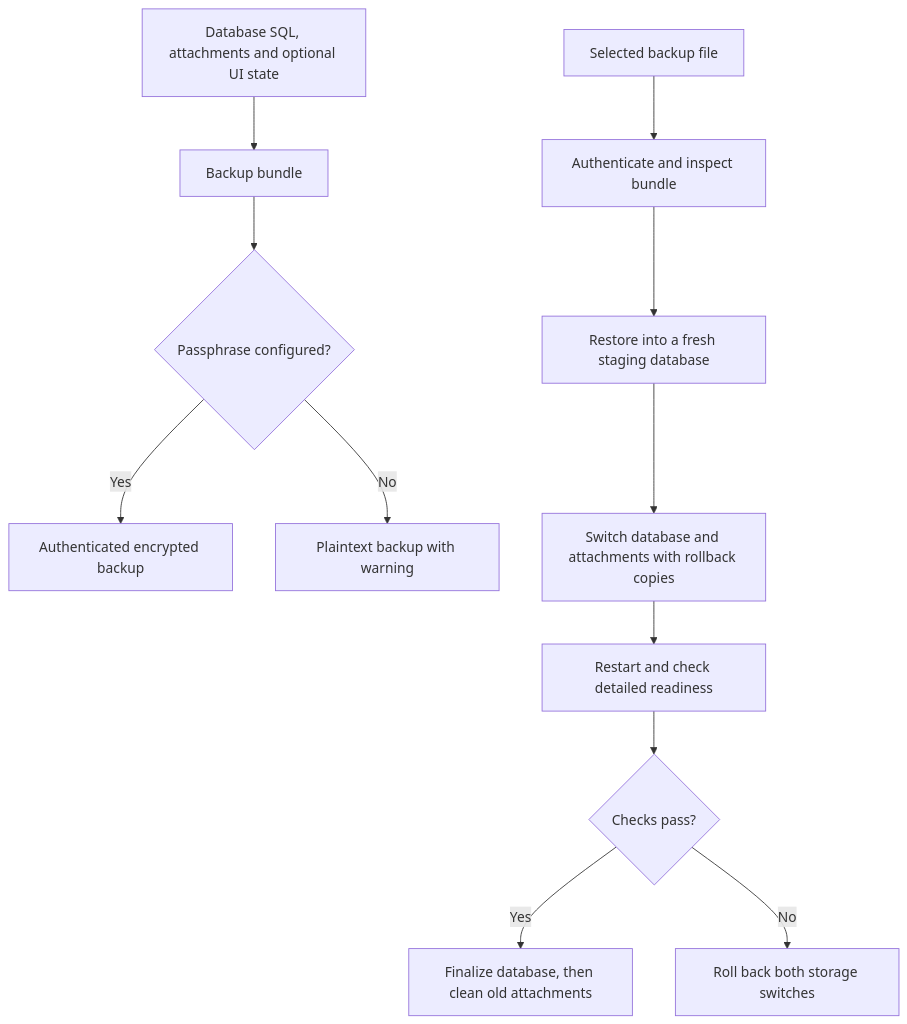
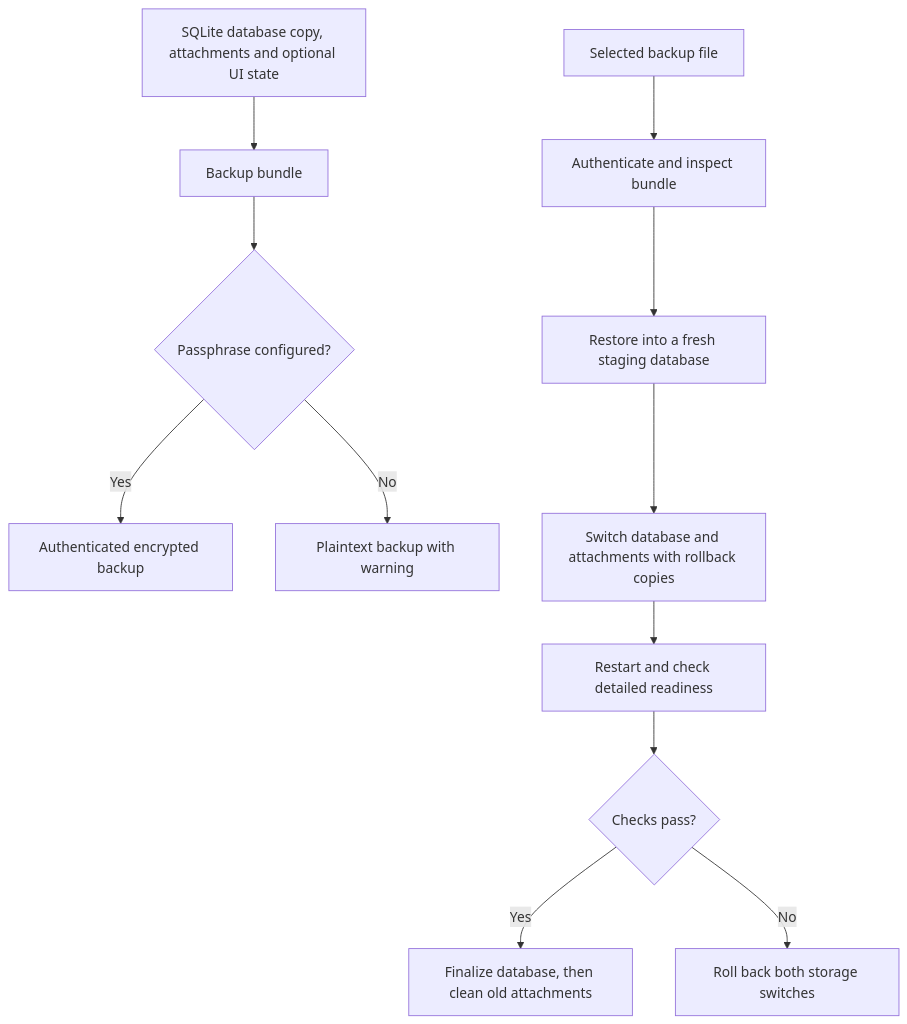
The sixth of 6 diagrams in docs/guides/visual-learning.md (EraPartner/Vision), drawn with Mermaid before and after one commit. The commit also changed other lines of this file and 604 other files, not shown here.

First line of the commit message:
feat!: replace PostgreSQL with in-process SQLite (ADR-263) (#394)

````diff
--- a/docs/guides/visual-learning.md
+++ b/docs/guides/visual-learning.md
@@ -154,14 +154,14 @@
 ```mermaid
 flowchart TD
-    Data[Database SQL, attachments and optional UI state] --> Bundle[Backup bundle]
+    Data[SQLite database copy, attachments and optional UI state] --> Bundle[Backup bundle]
     Bundle --> Passphrase{Passphrase configured?}
     Passphrase -->|Yes| Encrypted[Authenticated encrypted backup]
     Passphrase -->|No| Plain[Plaintext backup with warning]
     Selected[Selected backup file] --> Validate[Authenticate and inspect bundle]
     Validate --> Staging[Restore into a fresh staging database]
     Staging --> Switch[Switch database and attachments with rollback copies]
     Switch --> Ready[Restart and check detailed readiness]
     Ready --> Result{Checks pass?}
     Result -->|Yes| Finalize[Finalize database, then clean old attachments]
     Result -->|No| Rollback[Roll back both storage switches]
 ```
````
